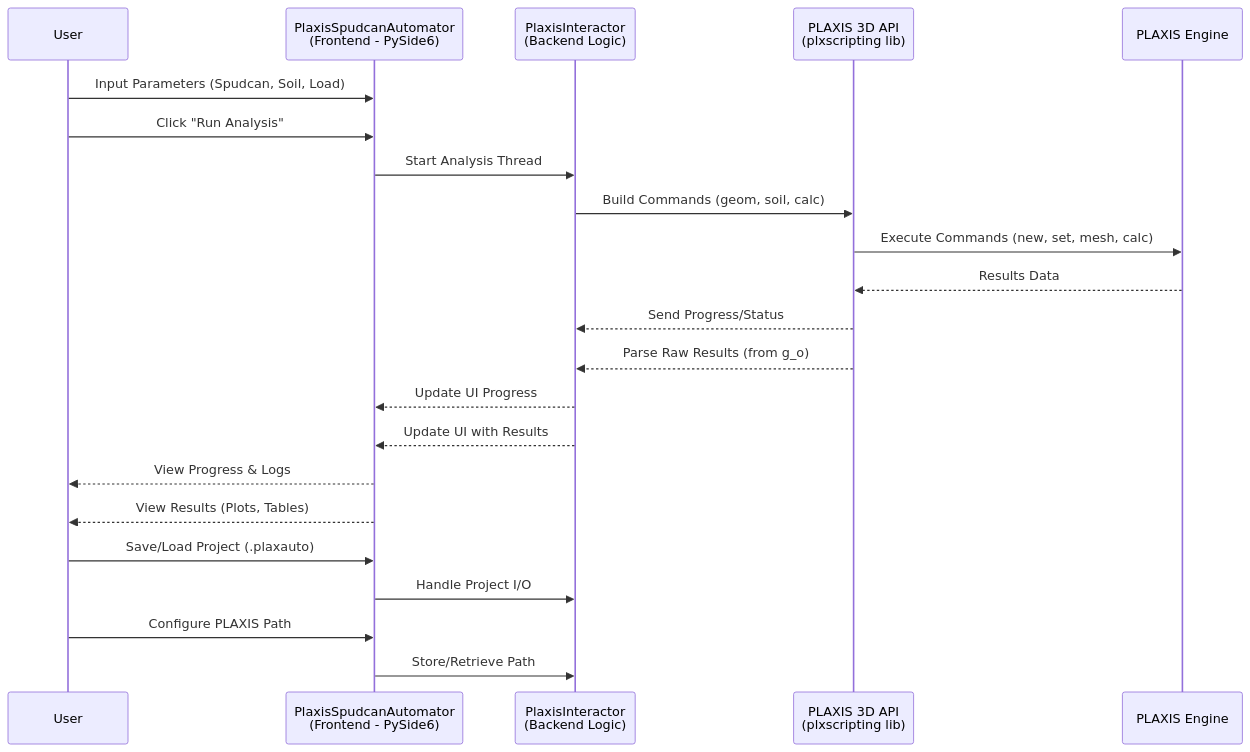
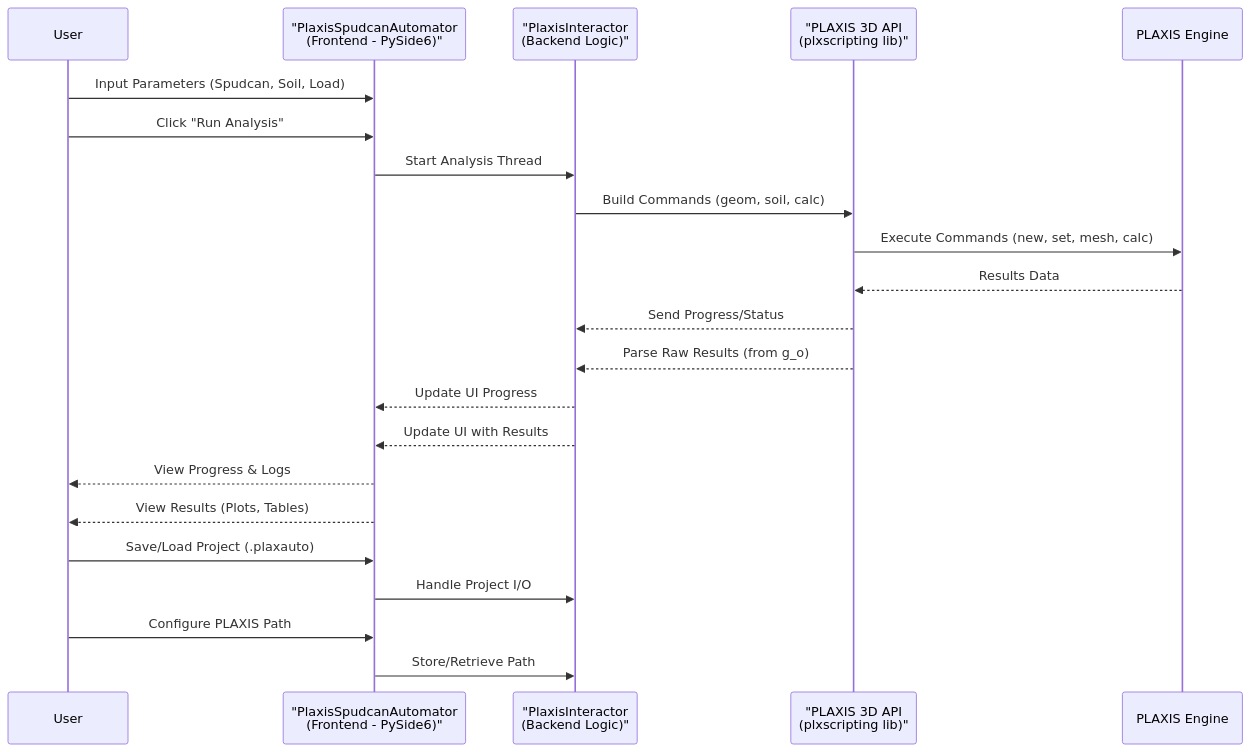
The second of 2 diagrams in readme.md (Jas0nxlee/PLAXIS-lzx), drawn with Mermaid before and after one commit. The commit also changed other lines of this file, not shown here.

First line of the commit message:
Fix: Apply comprehensive quoting to Mermaid diagrams

````diff
--- a/readme.md
+++ b/readme.md
@@ -110,26 +110,26 @@
 ```mermaid
 sequenceDiagram
     participant User
-    participant Automator as PlaxisSpudcanAutomator<br>(Frontend - PySide6)
-    participant Interactor as PlaxisInteractor<br>(Backend Logic)
-    participant API as PLAXIS 3D API<br>(plxscripting lib)
+    participant Automator as "PlaxisSpudcanAutomator<br>(Frontend - PySide6)"
+    participant Interactor as "PlaxisInteractor<br>(Backend Logic)"
+    participant API as "PLAXIS 3D API<br>(plxscripting lib)"
     participant PLAXIS as PLAXIS Engine
 
     User->>Automator: Input Parameters (Spudcan, Soil, Load)
     User->>Automator: Click "Run Analysis"
     Automator->>Interactor: Start Analysis Thread
     Interactor->>API: Build Commands (geom, soil, calc)
     API->>PLAXIS: Execute Commands (new, set, mesh, calc)
     PLAXIS-->>API: Results Data
     API-->>Interactor: Send Progress/Status
     API-->>Interactor: Parse Raw Results (from g_o)
     Interactor-->>Automator: Update UI Progress
     Interactor-->>Automator: Update UI with Results
     Automator-->>User: View Progress & Logs
     Automator-->>User: View Results (Plots, Tables)
 
     User->>Automator: Save/Load Project (.plaxauto)
     Automator->>Interactor: Handle Project I/O
     User->>Automator: Configure PLAXIS Path
     Automator->>Interactor: Store/Retrieve Path
 ```
````
